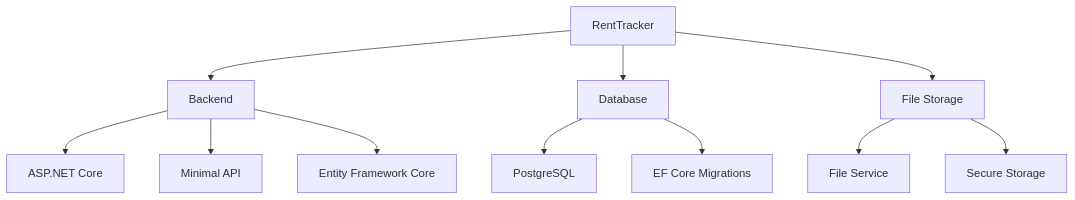
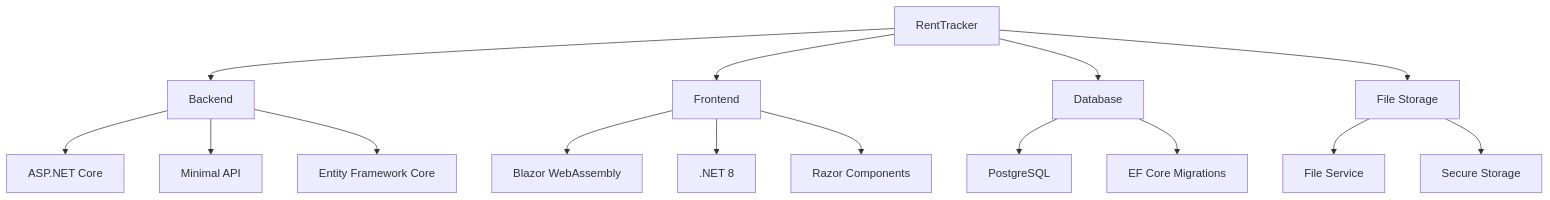
Before and after one commit to rohanmarathe567-code/RentTracker: the first of 5 diagrams in README.md, drawn with Mermaid. The commit also changed other lines of this file and 3 other files, not shown here.

````diff
--- a/README.md
+++ b/README.md
@@ -46,16 +50,21 @@
 ```mermaid
 graph TD
     A[RentTracker] --> B[Backend]
-    A --> C[Database]
-    A --> D[File Storage]
+    A --> C[Frontend]
+    A --> D[Database]
+    A --> E[File Storage]
     
     B --> B1[ASP.NET Core]
     B --> B2[Minimal API]
     B --> B3[Entity Framework Core]
     
-    C --> C1[PostgreSQL]
-    C --> C2[EF Core Migrations]
+    C --> C1[Blazor WebAssembly]
+    C --> C2[.NET 8]
+    C --> C3[Razor Components]
     
-    D --> D1[File Service]
-    D --> D2[Secure Storage]
+    D --> D1[PostgreSQL]
+    D --> D2[EF Core Migrations]
+    
+    E --> E1[File Service]
+    E --> E2[Secure Storage]
 ```
````
